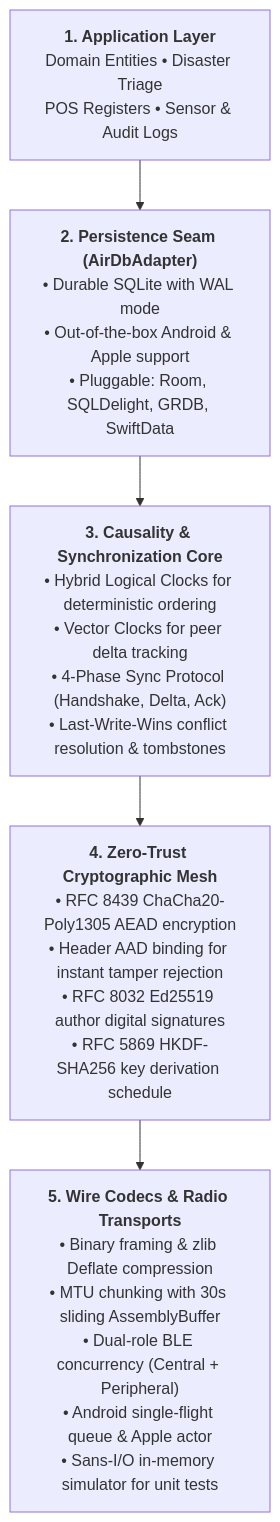
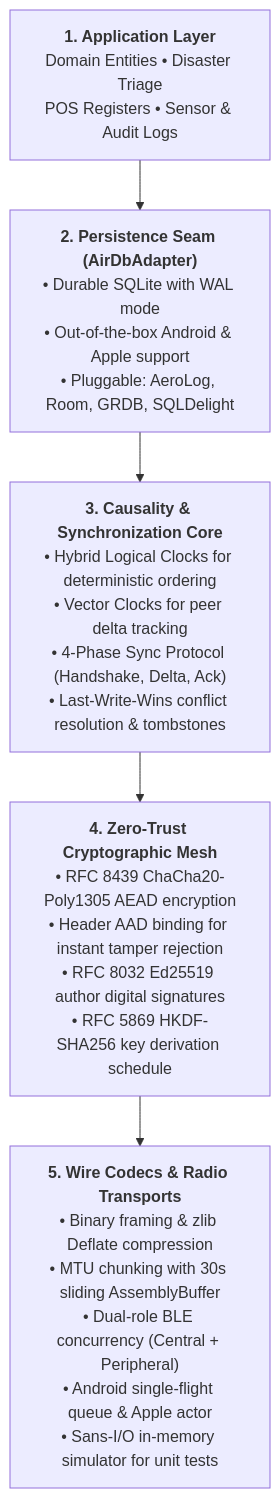
One commit to untacorp/airdb changed the diagram in docs/manual/index.md. Above: the diagram before and after it, drawn with Mermaid. The commit also changed other lines of this file and 4 other files, not shown here.

````diff
--- a/docs/manual/index.md
+++ b/docs/manual/index.md
@@ -11,13 +11,13 @@
 ```mermaid
 flowchart TD
     L1["<b>1. Application Layer</b><br/>Domain Entities • Disaster Triage<br/>POS Registers • Sensor & Audit Logs"]
-    L2["<b>2. Persistence Seam (AirDbAdapter)</b><br/>• Durable SQLite with WAL mode<br/>• Out-of-the-box Android & Apple support<br/>• Pluggable: Room, SQLDelight, GRDB, SwiftData"]
+    L2["<b>2. Persistence Seam (AirDbAdapter)</b><br/>• Durable SQLite with WAL mode<br/>• Out-of-the-box Android & Apple support<br/>• Pluggable: AeroLog, Room, GRDB, SQLDelight"]
     L3["<b>3. Causality & Synchronization Core</b><br/>• Hybrid Logical Clocks for deterministic ordering<br/>• Vector Clocks for peer delta tracking<br/>• 4-Phase Sync Protocol (Handshake, Delta, Ack)<br/>• Last-Write-Wins conflict resolution & tombstones"]
     L4["<b>4. Zero-Trust Cryptographic Mesh</b><br/>• RFC 8439 ChaCha20-Poly1305 AEAD encryption<br/>• Header AAD binding for instant tamper rejection<br/>• RFC 8032 Ed25519 author digital signatures<br/>• RFC 5869 HKDF-SHA256 key derivation schedule"]
     L5["<b>5. Wire Codecs & Radio Transports</b><br/>• Binary framing & zlib Deflate compression<br/>• MTU chunking with 30s sliding AssemblyBuffer<br/>• Dual-role BLE concurrency (Central + Peripheral)<br/>• Android single-flight queue & Apple actor<br/>• Sans-I/O in-memory simulator for unit tests"]
 
     L1 --> L2
     L2 --> L3
     L3 --> L4
     L4 --> L5
 ```
````
